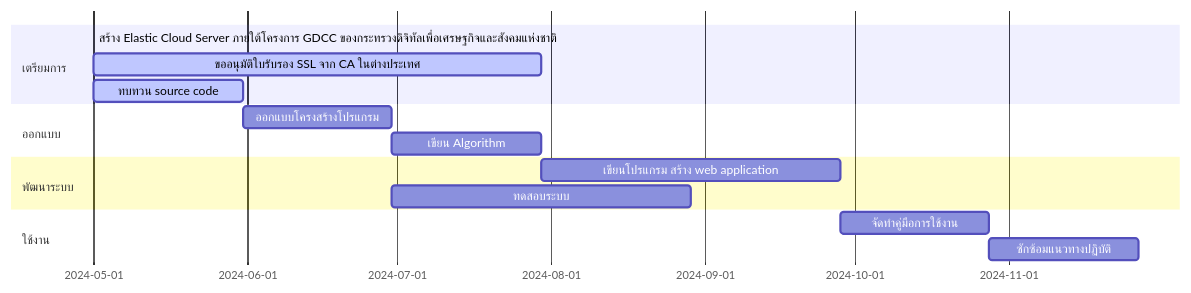
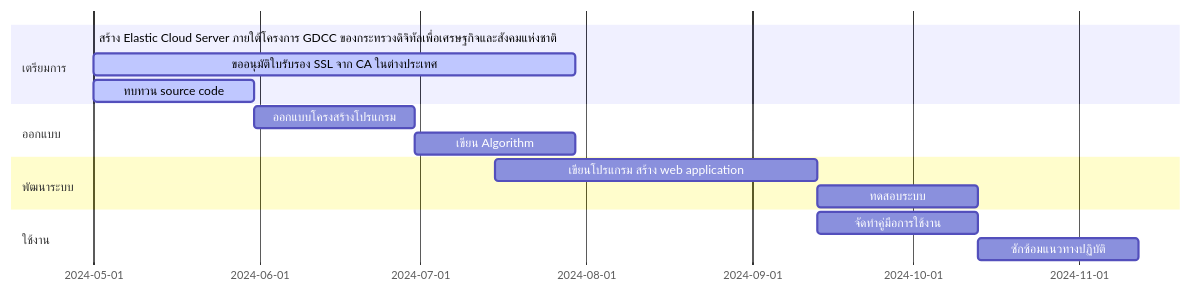
Before and after one commit to Kietpawpan/e-tracking: the first of 2 diagrams in README.md, drawn with Mermaid.

````diff
--- a/README.md
+++ b/README.md
@@ -10,18 +10,18 @@
 ```mermaid
 gantt
     section เตรียมการ
     สร้าง Elastic Cloud Server ภายใต้โครงการ GDCC ของกระทรวงดิจิทัลเพื่อเศรษฐกิจและสังคมแห่งชาติ :done,    des1, 2024-05-01,2024-05-30
     ขออนุมัติใบรับรอง SSL จาก CA ในต่างประเทศ        :active, des2, after des1, 90d
     ทบทวน source code  :   active, des3, after des1, 30d
     section ออกแบบ
     ออกแบบโครงสร้างโปรแกรม  :         des4, after des3, 30d
     เขียน Algorithm:   des4a, after des4, 30d
     section พัฒนาระบบ
-    เขียนโปรแกรม สร้าง web application  :         des7, 2024-07-30, 60d
-    ทดสอบระบบ:des7a, after des4, 60d
+    เขียนโปรแกรม สร้าง web application  :         des7, 2024-07-15, 60d
+    ทดสอบระบบ:des7a, after des7, 30d
    section ใช้งาน
     จัดทำคู่มือการใช้งาน   :         des8, after des7, 30d
     ซักซ้อมแนวทางปฏิบัติ   :         des9, after des8, 30d
 
 
 ```
````
